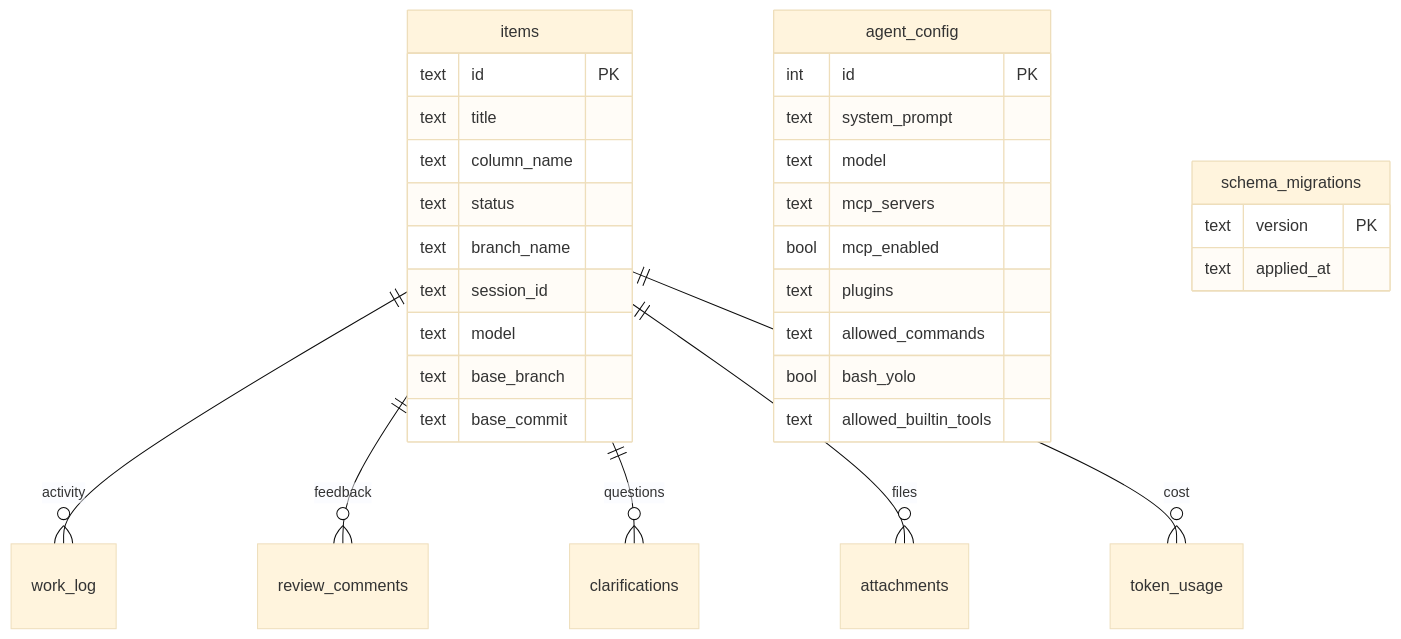
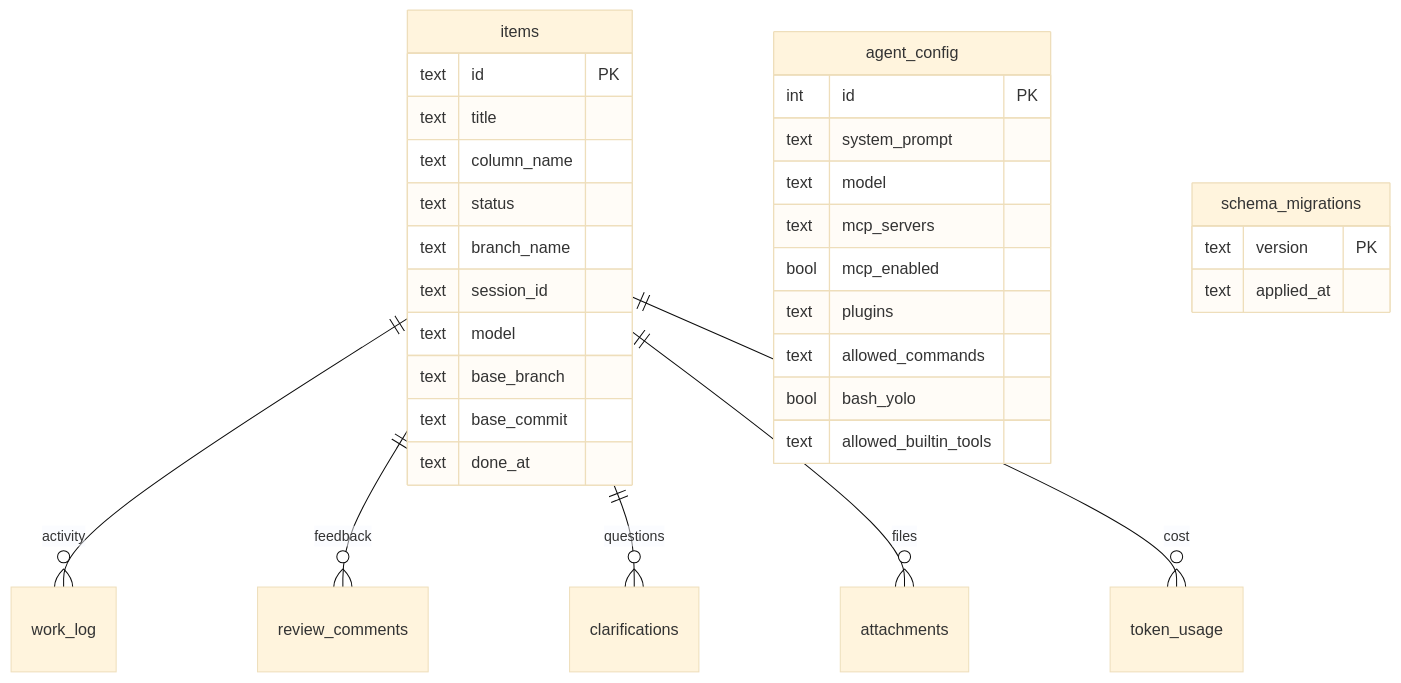
One commit to epatel/claude-agents-dashboard changed the fourth of 4 diagrams in CLAUDE.md. Above: the diagram before and after it, drawn with Mermaid (base theme). The commit also changed other lines of this file and 2 other files, not shown here.

Commit message:
Update documentation with migration 007, Done column day grouping, Start Copy feature, and accurate line counts

````diff
--- a/CLAUDE.md
+++ b/CLAUDE.md
@@ -264,37 +270,38 @@
 ```mermaid
 erDiagram
     items ||--o{ work_log : "activity"
     items ||--o{ review_comments : "feedback"
     items ||--o{ clarifications : "questions"
     items ||--o{ attachments : "files"
     items ||--o{ token_usage : "cost"
 
     items {
         text id PK
         text title
         text column_name
         text status
         text branch_name
         text session_id
         text model
         text base_branch
         text base_commit
+        text done_at
     }
 
     agent_config {
         int id PK
         text system_prompt
         text model
         text mcp_servers
         bool mcp_enabled
         text plugins
         text allowed_commands
         bool bash_yolo
         text allowed_builtin_tools
     }
 
     schema_migrations {
         text version PK
         text applied_at
     }
 ```
````
